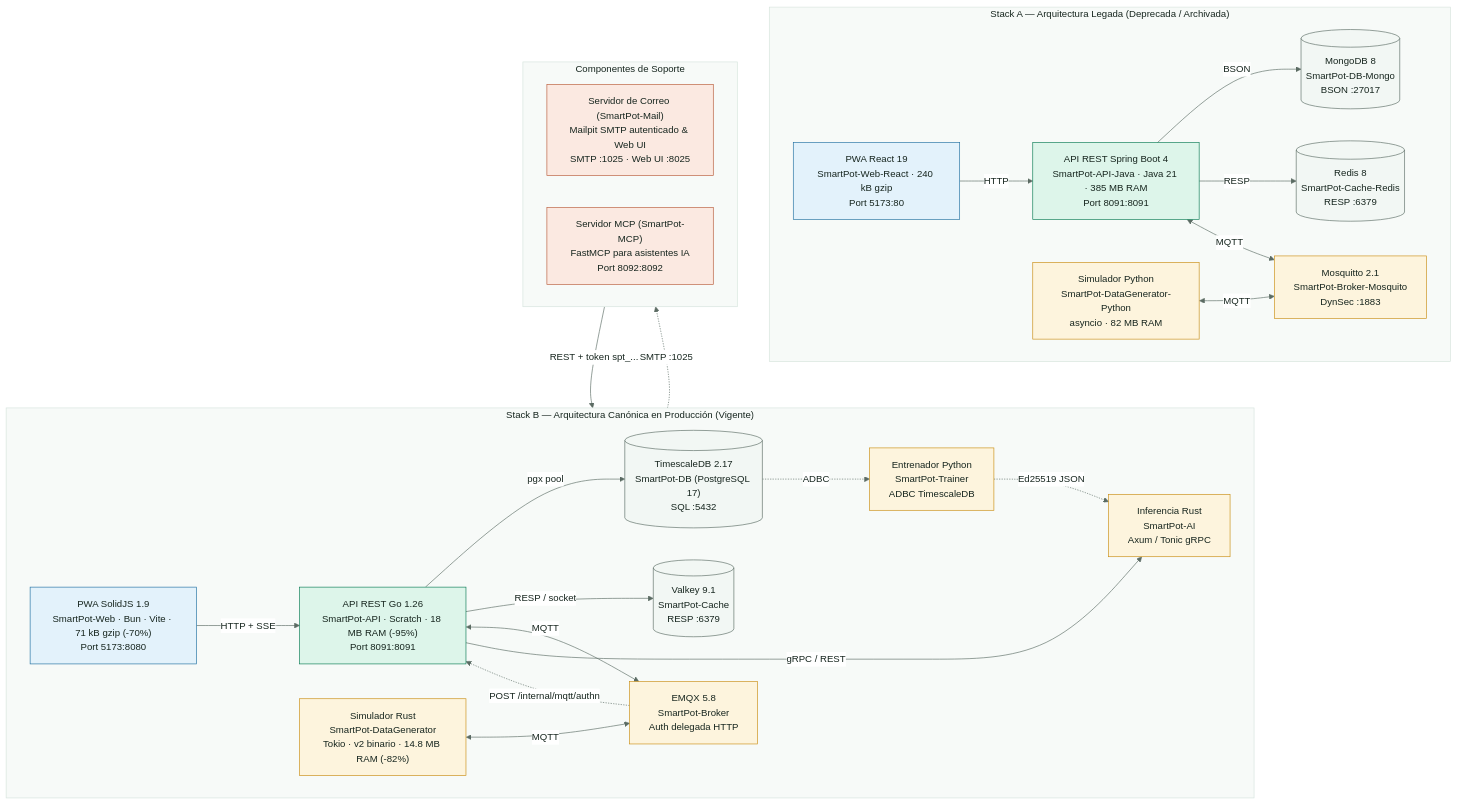
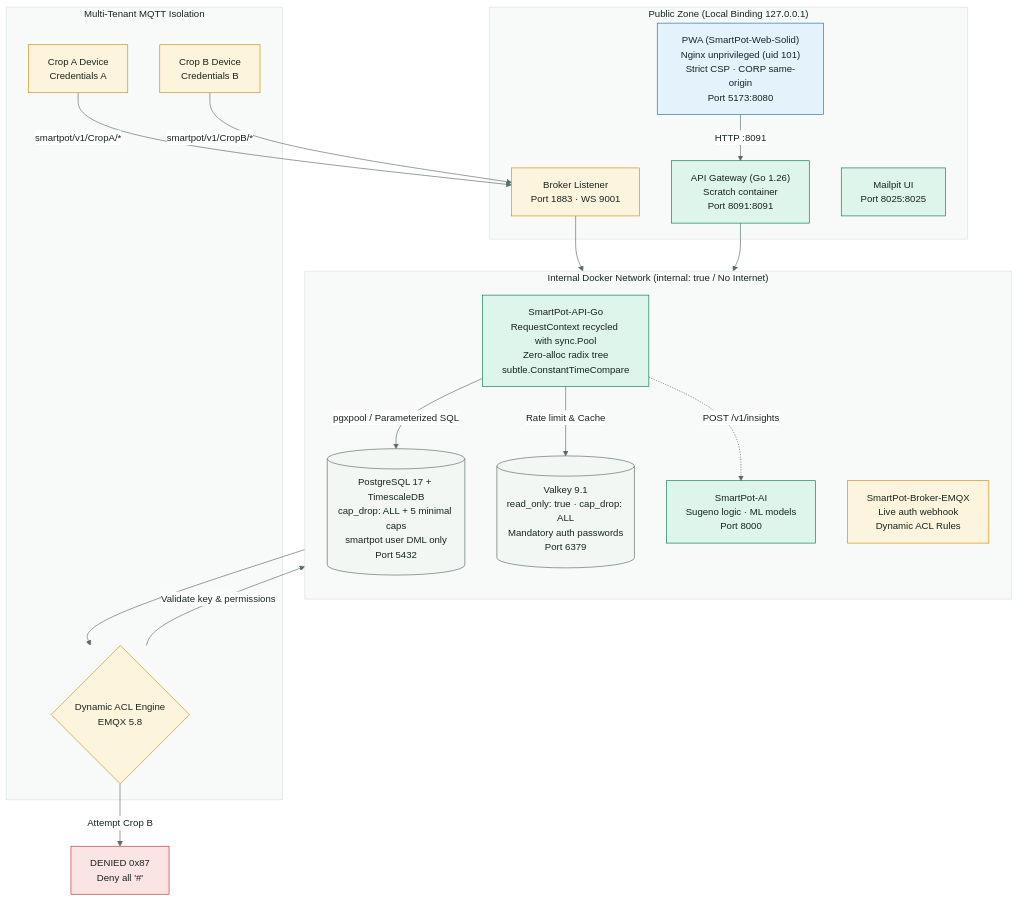
The second of 4 diagrams in docs/SmartPot_QA_Audit_AB.md (SmartPotTech/.github), drawn with Mermaid before and after one commit. The commit also changed other lines of this file and 1 other file, not shown here.

````diff
--- a/docs/SmartPot_QA_Audit_AB.md
+++ b/docs/SmartPot_QA_Audit_AB.md
@@ -71,62 +189,50 @@
 ```mermaid
 %%{init: {"theme": "base", "fontFamily": "Segoe UI, Arial, sans-serif", "themeVariables": {"fontFamily": "Segoe UI, Arial, sans-serif", "fontSize": "15px", "primaryColor": "#DDF5EA", "primaryTextColor": "#17261F", "primaryBorderColor": "#067A52", "secondaryColor": "#E3F2FB", "secondaryTextColor": "#17261F", "secondaryBorderColor": "#1F6FA0", "tertiaryColor": "#F2F7F4", "tertiaryTextColor": "#17261F", "tertiaryBorderColor": "#D5E3DC", "lineColor": "#5B6B63", "textColor": "#17261F", "mainBkg": "#DDF5EA", "nodeBorder": "#067A52", "clusterBkg": "#F7FAF8", "clusterBorder": "#D5E3DC", "edgeLabelBackground": "#FFFFFF", "actorBkg": "#067A52", "actorBorder": "#0B3D2B", "actorTextColor": "#FFFFFF", "actorLineColor": "#5B6B63", "signalColor": "#17261F", "signalTextColor": "#17261F", "labelBoxBkgColor": "#0B3D2B", "labelBoxBorderColor": "#0B3D2B", "labelTextColor": "#FFFFFF", "loopTextColor": "#0B3D2B", "noteBkgColor": "#FDF4DD", "noteBorderColor": "#C98D12", "noteTextColor": "#17261F", "activationBkgColor": "#DDF5EA", "activationBorderColor": "#067A52", "attributeBackgroundColorOdd": "#FFFFFF", "attributeBackgroundColorEven": "#F2F7F4"}}}%%
-flowchart TB
-  subgraph STACK_A["Stack A — Arquitectura Legada (Deprecada / Archivada)"]
-    direction LR
-    A_WEB["PWA React 19<br/>SmartPot-Web-React · 240 kB gzip<br/>Port 5173:80"]
-    A_API["API REST Spring Boot 4<br/>SmartPot-API-Java · Java 21 · 385 MB RAM<br/>Port 8091:8091"]
-    A_DB[("MongoDB 8<br/>SmartPot-DB-Mongo<br/>BSON :27017")]
-    A_CACHE[("Redis 8<br/>SmartPot-Cache-Redis<br/>RESP :6379")]
-    A_BROKER["Mosquitto 2.1<br/>SmartPot-Broker-Mosquito<br/>DynSec :1883"]
-    A_SIM["Simulador Python<br/>SmartPot-DataGenerator-Python<br/>asyncio · 82 MB RAM"]
-
-    A_WEB -->|HTTP| A_API
-    A_API -->|BSON| A_DB
-    A_API -->|RESP| A_CACHE
-    A_API <-->|MQTT| A_BROKER
-    A_SIM <-->|MQTT| A_BROKER
+flowchart TD
+  subgraph PUBLIC_ZONE["Public Zone (Local Binding 127.0.0.1)"]
+    PWA["PWA (SmartPot-Web-Solid)<br/>Nginx unprivileged (uid 101)<br/>Strict CSP · CORP same-origin<br/>Port 5173:8080"]
+    API_PORT["API Gateway (Go 1.26)<br/>Scratch container<br/>Port 8091:8091"]
+    BROKER_PORT["Broker Listener<br/>Port 1883 · WS 9001"]
+    MAIL_PORT["Mailpit UI<br/>Port 8025:8025"]
   end
 
-  subgraph STACK_B["Stack B — Arquitectura Canónica en Producción (Vigente)"]
-    direction LR
-    B_WEB["PWA SolidJS 1.9<br/>SmartPot-Web · Bun · Vite · 71 kB gzip (-70%)<br/>Port 5173:8080"]
-    B_API["API REST Go 1.26<br/>SmartPot-API · Scratch · 18 MB RAM (-95%)<br/>Port 8091:8091"]
-    B_DB[("TimescaleDB 2.17<br/>SmartPot-DB (PostgreSQL 17)<br/>SQL :5432")]
-    B_CACHE[("Valkey 9.1<br/>SmartPot-Cache<br/>RESP :6379")]
-    B_BROKER["EMQX 5.8<br/>SmartPot-Broker<br/>Auth delegada HTTP"]
-    B_SIM["Simulador Rust<br/>SmartPot-DataGenerator<br/>Tokio · v2 binario · 14.8 MB RAM (-82%)"]
-    B_AI["Inferencia Rust<br/>SmartPot-AI<br/>Axum / Tonic gRPC"]
-    B_TRAINER["Entrenador Python<br/>SmartPot-Trainer<br/>ADBC TimescaleDB"]
-
-    B_WEB -->|HTTP + SSE| B_API
-    B_API -->|pgx pool| B_DB
-    B_API -->|RESP / socket| B_CACHE
-    B_API <-->|MQTT| B_BROKER
-    B_BROKER -.->|POST /internal/mqtt/authn| B_API
-    B_SIM <-->|MQTT| B_BROKER
-    B_API -->|gRPC / REST| B_AI
-    B_DB -.->|ADBC| B_TRAINER
-    B_TRAINER -.->|Ed25519 JSON| B_AI
+  subgraph INTERNAL_NETWORK["Internal Docker Network (internal: true / No Internet)"]
+    direction TB
+    API["SmartPot-API-Go<br/>RequestContext recycled with sync.Pool<br/>Zero-alloc radix tree<br/>subtle.ConstantTimeCompare"]
+    DB[("PostgreSQL 17 + TimescaleDB<br/>cap_drop: ALL + 5 minimal caps<br/>smartpot user DML only<br/>Port 5432")]
+    VALKEY[("Valkey 9.1<br/>read_only: true · cap_drop: ALL<br/>Mandatory auth passwords<br/>Port 6379")]
+    EMQX["SmartPot-Broker-EMQX<br/>Live auth webhook<br/>Dynamic ACL Rules"]
+    AI["SmartPot-AI<br/>Sugeno logic · ML models<br/>Port 8000"]
   end
 
-  subgraph SHARED["Componentes de Soporte"]
-    direction LR
-    S_MAIL["Servidor de Correo (SmartPot-Mail)<br/>Mailpit SMTP autenticado & Web UI<br/>SMTP :1025 · Web UI :8025"]
-    S_MCP["Servidor MCP (SmartPot-MCP)<br/>FastMCP para asistentes IA<br/>Port 8092:8092"]
+  subgraph DEVICE_ISOLATION["Multi-Tenant MQTT Isolation"]
+    DEV_A["Crop A Device<br/>Credentials A"]
+    DEV_B["Crop B Device<br/>Credentials B"]
+    ACL_ENGINE{"Dynamic ACL Engine<br/>EMQX 5.8"}
   end
 
-  B_API -.->|SMTP :1025| S_MAIL
-  S_MCP -->|REST + token spt_...| B_API
+  PWA -->|HTTP :8091| API_PORT
+  API_PORT --> API
+  API -->|pgxpool / Parameterized SQL| DB
+  API -->|Rate limit & Cache| VALKEY
+  API -.->|POST /v1/insights| AI
+
+  DEV_A -->|smartpot/v1/CropA/*| BROKER_PORT
+  DEV_B -->|smartpot/v1/CropB/*| BROKER_PORT
+  BROKER_PORT --> EMQX
+  EMQX --> ACL_ENGINE
+  ACL_ENGINE -->|Validate key & permissions| API
+  ACL_ENGINE -- "Attempt Crop B" --> DENY["DENIED 0x87<br/>Deny all '#'"]
 
   classDef core fill:#DDF5EA,stroke:#067A52,color:#17261F
   classDef platform fill:#E3F2FB,stroke:#1F6FA0,color:#17261F
   classDef store fill:#F2F7F4,stroke:#5B6B63,color:#17261F
   classDef device fill:#FDF4DD,stroke:#C98D12,color:#17261F
-  classDef shared fill:#FBE9E1,stroke:#B85A38,color:#17261F
+  classDef alert fill:#FBE4E4,stroke:#B83232,color:#17261F
 
-  class A_API,B_API core
-  class A_WEB,B_WEB platform
-  class A_DB,B_DB,A_CACHE,B_CACHE store
-  class A_BROKER,B_BROKER,A_SIM,B_SIM,B_AI,B_TRAINER device
-  class S_MCP,S_MAIL shared
+  class API,API_PORT core
+  class PWA platform
+  class DB,VALKEY store
+  class EMQX,DEV_A,DEV_B,BROKER_PORT,ACL_ENGINE device
+  class DENY alert
 ```
````
